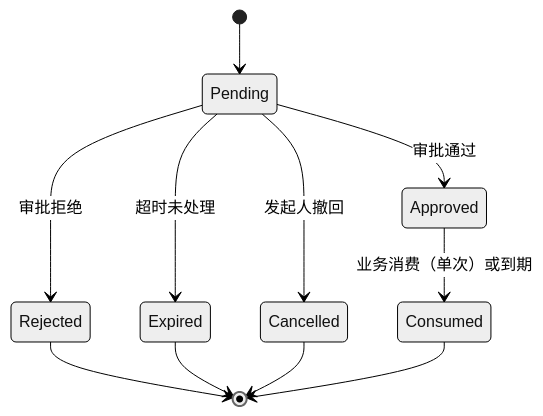
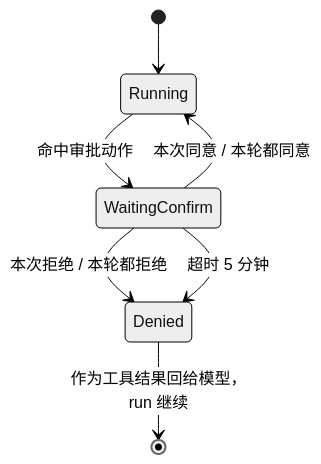
Before and after one commit to wenshin/workagent: the fourth of 10 diagrams in docs/技术方案.md, drawn with Mermaid (neutral theme). The commit also changed other lines of this file and 52 other files, not shown here.

````diff
--- a/docs/技术方案.md
+++ b/docs/技术方案.md
@@ -351,13 +342,9 @@
 ```mermaid
 stateDiagram-v2
-    [*] --> Pending
-    Pending --> Approved: 审批通过
-    Pending --> Rejected: 审批拒绝
-    Pending --> Expired: 超时未处理
-    Pending --> Cancelled: 发起人撤回
-    Approved --> Consumed: 业务消费（单次）或到期
-    Rejected --> [*]
-    Expired --> [*]
-    Cancelled --> [*]
-    Consumed --> [*]
+    [*] --> Running
+    Running --> WaitingConfirm: 命中审批动作
+    WaitingConfirm --> Running: 本次同意 / 本轮都同意
+    WaitingConfirm --> Denied: 本次拒绝 / 本轮都拒绝
+    WaitingConfirm --> Denied: 超时 5 分钟
+    Denied --> [*]: 作为工具结果回给模型，run 继续
 ```
````
